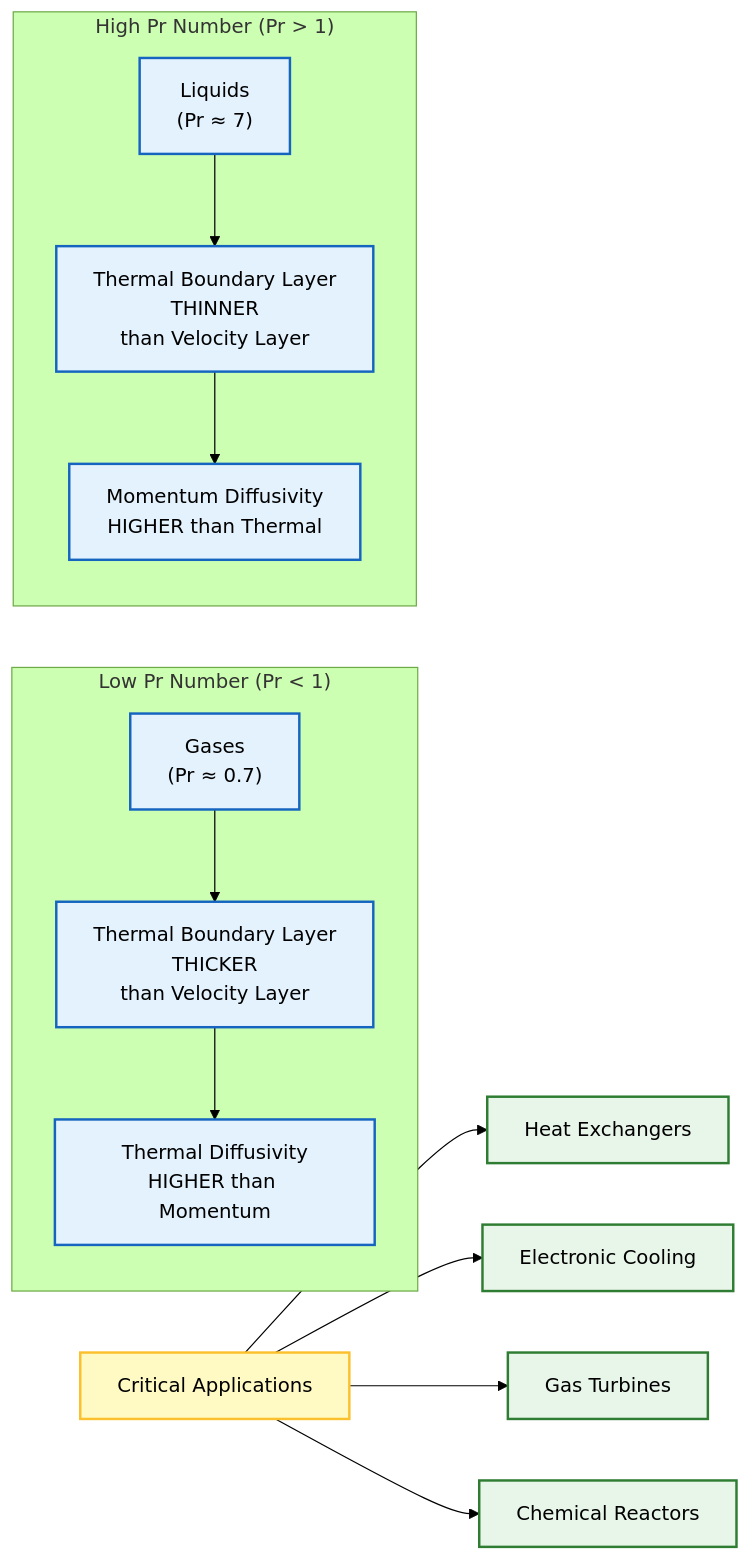
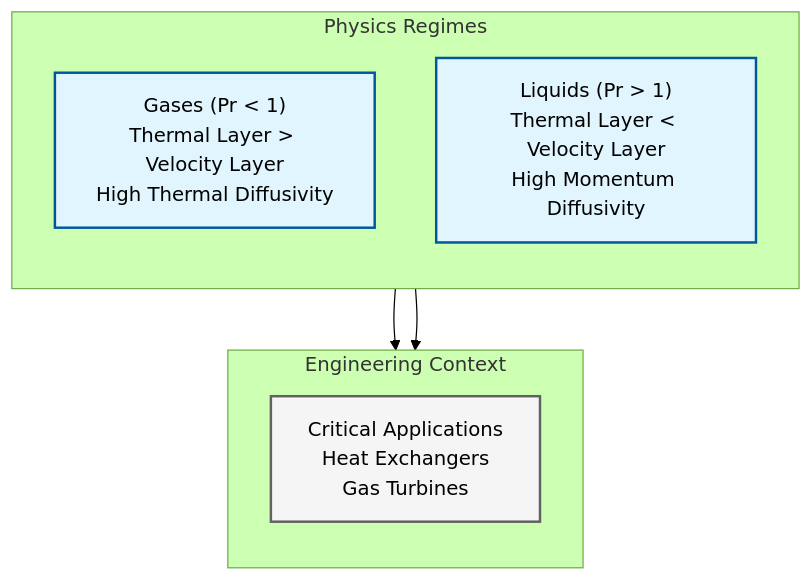
One commit to wramet/build-my-cfd changed the fourth of 5 diagrams in MODULE_01_CFD_FUNDAMENTALS/CONTENT/01_GOVERNING_EQUATIONS/04_Dimensionless_Numbers.md. Above: the diagram before and after it, drawn with Mermaid (forest theme). The commit also changed other lines of this file and 313 other files, not shown here.

Commit message:
Revise all diagram

````diff
--- a/MODULE_01_CFD_FUNDAMENTALS/CONTENT/01_GOVERNING_EQUATIONS/04_Dimensionless_Numbers.md
+++ b/MODULE_01_CFD_FUNDAMENTALS/CONTENT/01_GOVERNING_EQUATIONS/04_Dimensionless_Numbers.md
@@ -411,36 +374,19 @@
 ```mermaid
-graph LR
-    subgraph "Low Pr Number (Pr < 1)"
-        A["Gases<br/>(Pr ≈ 0.7)"]
-        B["Thermal Boundary Layer<br/>THICKER<br/>than Velocity Layer"]
-        C["Thermal Diffusivity<br/>HIGHER than Momentum"]
-        A --> B --> C
-    end
+graph TD
+classDef implicit fill:#e1f5fe,stroke:#01579b,stroke-width:2px
+classDef explicit fill:#ffccbc,stroke:#bf360c,stroke-width:2px
+classDef context fill:#f5f5f5,stroke:#616161,stroke-width:2px
+subgraph Physics_Regimes["Physics Regimes"]
+    direction TB
+    Gases["Gases (Pr < 1)<br/>Thermal Layer > Velocity Layer<br/>High Thermal Diffusivity"]:::implicit
+    Liquids["Liquids (Pr > 1)<br/>Thermal Layer < Velocity Layer<br/>High Momentum Diffusivity"]:::implicit
+end
 
-    subgraph "High Pr Number (Pr > 1)"
-        D["Liquids<br/>(Pr ≈ 7)"]
-        E["Thermal Boundary Layer<br/>THINNER<br/>than Velocity Layer"]
-        F["Momentum Diffusivity<br/>HIGHER than Thermal"]
-        D --> E --> F
-    end
+subgraph Engineering_Context["Engineering Context"]
+    direction TB
+    Apps["Critical Applications<br/>Heat Exchangers<br/>Gas Turbines"]:::context
+end
 
-    G["Critical Applications"]
-    H["Heat Exchangers"]
-    I["Electronic Cooling"]
-    J["Gas Turbines"]
-    K["Chemical Reactors"]
-
-    G --> H
-    G --> I
-    G --> J
-    G --> K
-
-    classDef process fill:#e3f2fd,stroke:#1565c0,stroke-width:2px,color:#000;
-    classDef decision fill:#fff9c4,stroke:#fbc02d,stroke-width:2px,color:#000;
-    classDef terminator fill:#ffebee,stroke:#c62828,stroke-width:2px,color:#000;
-    classDef storage fill:#e8f5e9,stroke:#2e7d32,stroke-width:2px,color:#000;
-
-    class A,B,C,D,E,F process
-    class G decision
-    class H,I,J,K storage
+Gases --> Apps
+Liquids --> Apps
 ```
````
